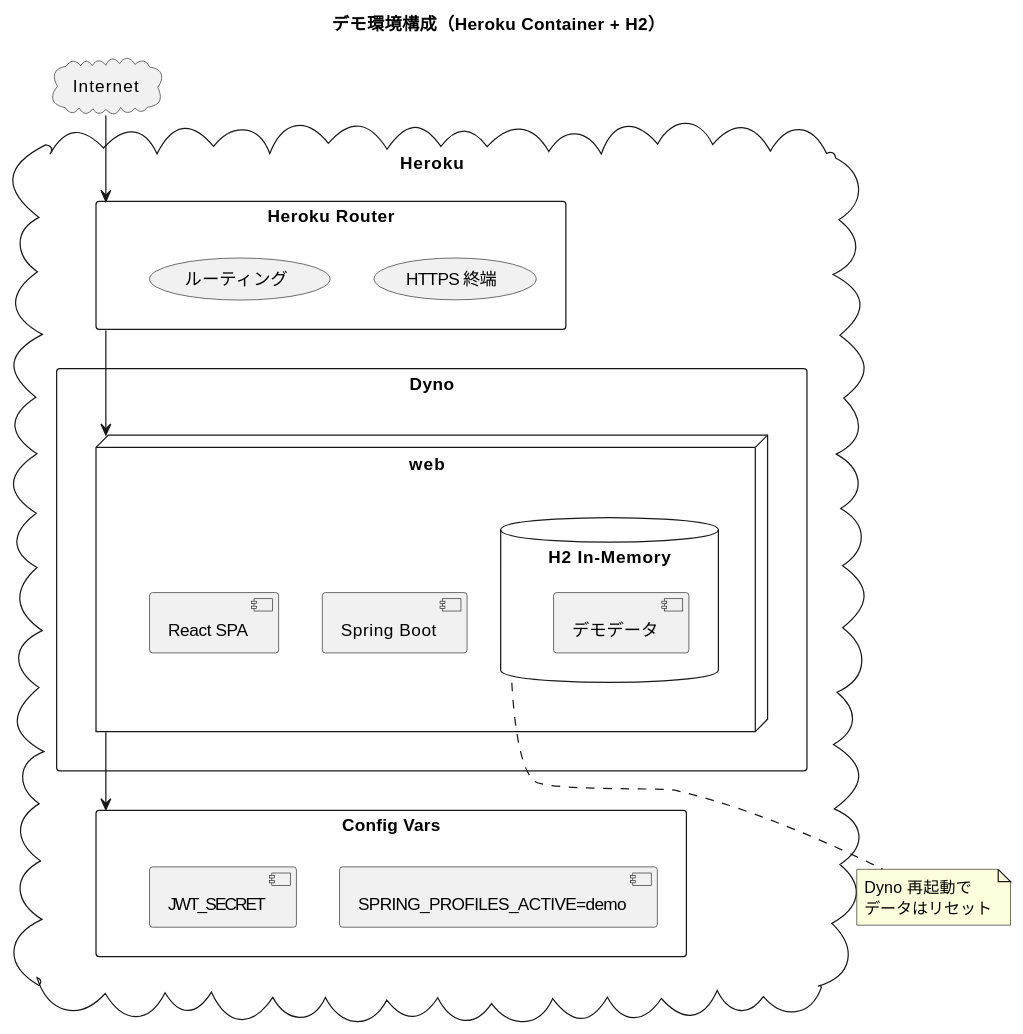
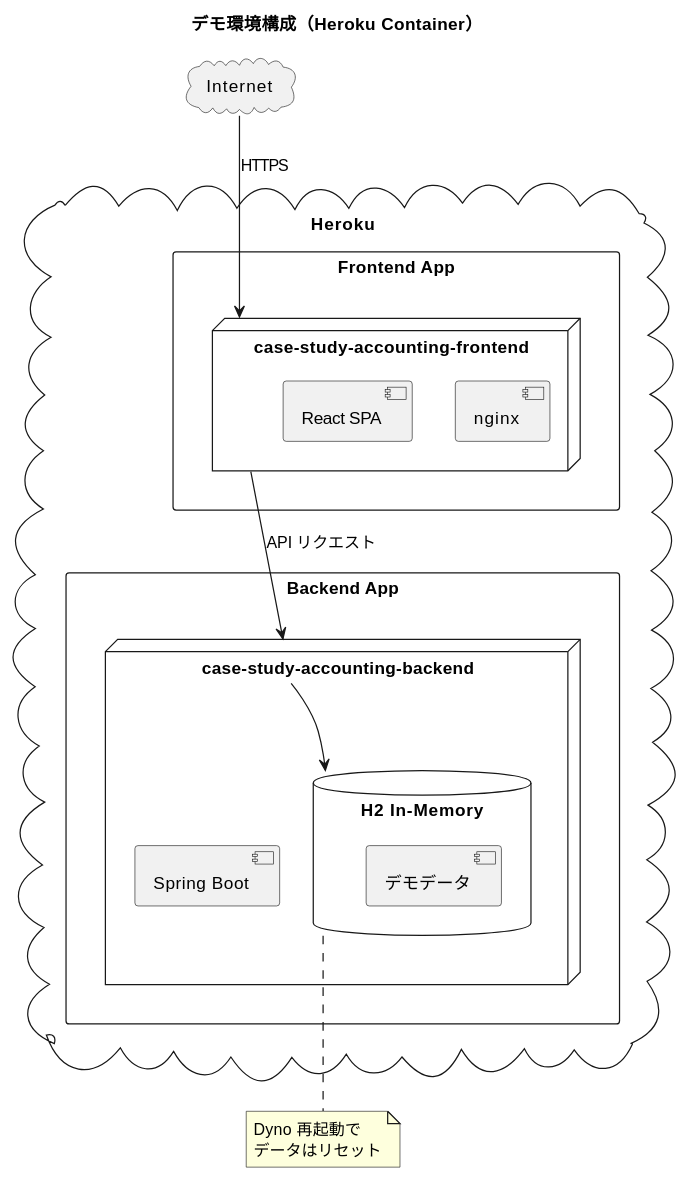
Before and after one commit to k2works/case-study-accounting: the fifth of 7 diagrams in docs/design/architecture_infrastructure.md, drawn with PlantUML. The commit also changed other lines of this file, not shown here.

````diff
--- a/docs/design/architecture_infrastructure.md
+++ b/docs/design/architecture_infrastructure.md
@@ -524,38 +524,34 @@
 ```plantuml
 @startuml
-title デモ環境構成（Heroku Container + H2）
+title デモ環境構成（Heroku Container）
 
 cloud "Internet" as internet
 
 cloud "Heroku" as heroku {
-  rectangle "Heroku Router" as router {
-    (HTTPS 終端)
-    (ルーティング)
+  rectangle "Frontend App" as frontendApp {
+    node "case-study-accounting-frontend" as frontendDyno {
+      [nginx]
+      [React SPA]
+    }
   }
 
-  rectangle "Dyno" as dyno {
-    node "web" as web {
+  rectangle "Backend App" as backendApp {
+    node "case-study-accounting-backend" as backendDyno {
       [Spring Boot]
-      [React SPA]
       database "H2 In-Memory" as h2 {
         [デモデータ]
       }
     }
   }
-
-  rectangle "Config Vars" as config {
-    [SPRING_PROFILES_ACTIVE=demo]
-    [JWT_SECRET]
-  }
 }
 
-internet --> router
-router --> web
-web --> config
+internet --> frontendDyno : HTTPS
+frontendDyno --> backendDyno : API リクエスト
+backendDyno --> h2
 
 note bottom of h2
   Dyno 再起動で
   データはリセット
 end note
 @enduml
 ```
````
